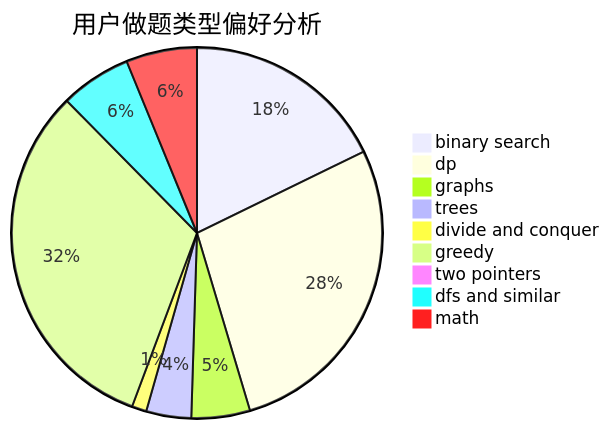
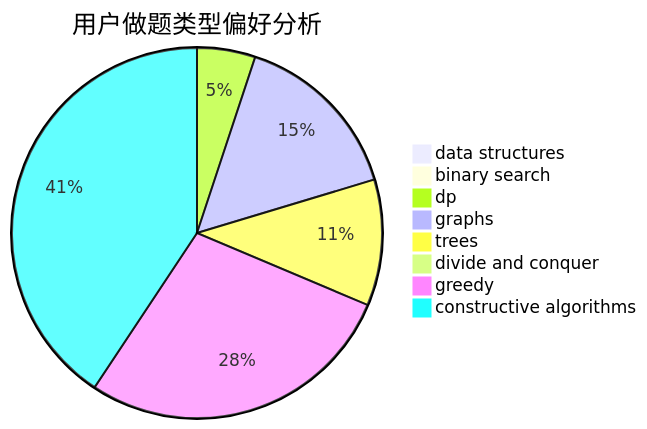
One commit to sherpahu/cfrs.github.io changed the second of 3 diagrams in docs/user/u144.md. Above: the diagram before and after it, drawn with Mermaid. The commit also changed other lines of this file and 2775 other files, not shown here.

````diff
--- a/docs/user/u144.md
+++ b/docs/user/u144.md
@@ -23,12 +23,11 @@
 ```mermaid
 pie title 用户做题类型偏好分析
-    "binary search" :  181
-    "dp" :  281
-    "graphs" :  52
-    "trees" :  40
-    "divide and conquer" :  13
-    "greedy" :  325
-    "two pointers" :  2
-    "dfs and similar" :  63
-    "math" :  63
+    "data structures" :  0
+    "binary search" :  0
+    "dp" :  6
+    "graphs" :  18
+    "trees" :  13
+    "divide and conquer" :  0
+    "greedy" :  33
+    "constructive algorithms" :  48
 ```
````
